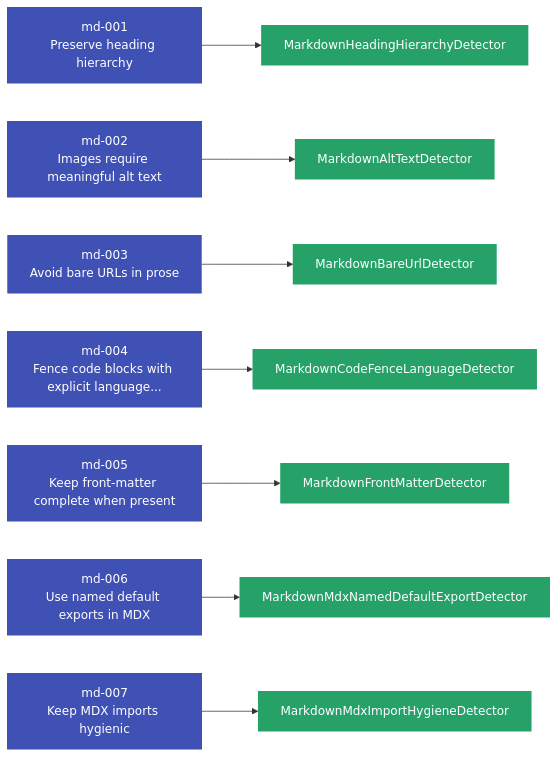
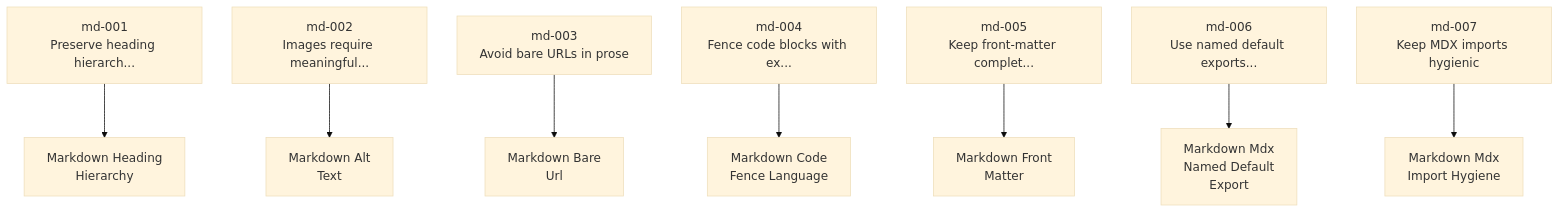
Before and after one commit to Anselmoo/mcp-zen-of-languages: the first of 4 diagrams in docs/user-guide/languages/markdown.md, drawn with Mermaid. The commit also changed other lines of this file and 23 other files, not shown here.

First line of the commit message:
fix(docs): repair Mermaid contrast, text overflow, and expand diagram coverage (#137)

````diff
--- a/docs/user-guide/languages/markdown.md
+++ b/docs/user-guide/languages/markdown.md
@@ -178,40 +178,25 @@
     ```mermaid
-    graph LR
-    md_001["md-001<br/>Preserve heading hierarchy"]
-    md_002["md-002<br/>Images require meaningful alt text"]
+    %%{init: {"theme": "base", "flowchart": {"useMaxWidth": false, "htmlLabels": true, "nodeSpacing": 40, "rankSpacing": 60}}}%%
+    graph TD
+    md_001["md-001<br/>Preserve heading hierarch..."]
+    md_002["md-002<br/>Images require meaningful..."]
     md_003["md-003<br/>Avoid bare URLs in prose"]
-    md_004["md-004<br/>Fence code blocks with explicit language..."]
-    md_005["md-005<br/>Keep front-matter complete when present"]
-    md_006["md-006<br/>Use named default exports in MDX"]
+    md_004["md-004<br/>Fence code blocks with ex..."]
+    md_005["md-005<br/>Keep front-matter complet..."]
+    md_006["md-006<br/>Use named default exports..."]
     md_007["md-007<br/>Keep MDX imports hygienic"]
-    det_MarkdownAltTextDetector["MarkdownAltTextDetector"]
+    det_MarkdownAltTextDetector["Markdown Alt<br/>Text"]
     md_002 --> det_MarkdownAltTextDetector
-    det_MarkdownBareUrlDetector["MarkdownBareUrlDetector"]
+    det_MarkdownBareUrlDetector["Markdown Bare<br/>Url"]
     md_003 --> det_MarkdownBareUrlDetector
-    det_MarkdownCodeFenceLanguageDetector["MarkdownCodeFenceLanguageDetector"]
+    det_MarkdownCodeFenceLanguageDetector["Markdown Code<br/>Fence Language"]
     md_004 --> det_MarkdownCodeFenceLanguageDetector
-    det_MarkdownFrontMatterDetector["MarkdownFrontMatterDetector"]
+    det_MarkdownFrontMatterDetector["Markdown Front<br/>Matter"]
     md_005 --> det_MarkdownFrontMatterDetector
-    det_MarkdownHeadingHierarchyDetector["MarkdownHeadingHierarchyDetector"]
+    det_MarkdownHeadingHierarchyDetector["Markdown Heading<br/>Hierarchy"]
     md_001 --> det_MarkdownHeadingHierarchyDetector
-    det_MarkdownMdxImportHygieneDetector["MarkdownMdxImportHygieneDetector"]
+    det_MarkdownMdxImportHygieneDetector["Markdown Mdx<br/>Import Hygiene"]
     md_007 --> det_MarkdownMdxImportHygieneDetector
-    det_MarkdownMdxNamedDefaultExportDetector["MarkdownMdxNamedDefaultExportDetector"]
+    det_MarkdownMdxNamedDefaultExportDetector["Markdown Mdx<br/>Named Default<br/>Export"]
     md_006 --> det_MarkdownMdxNamedDefaultExportDetector
-    classDef principle fill:#4051b5,color:#fff,stroke:none
-    classDef detector fill:#26a269,color:#fff,stroke:none
-    class md_001 principle
-    class md_002 principle
-    class md_003 principle
-    class md_004 principle
-    class md_005 principle
-    class md_006 principle
-    class md_007 principle
-    class det_MarkdownAltTextDetector detector
-    class det_MarkdownBareUrlDetector detector
-    class det_MarkdownCodeFenceLanguageDetector detector
-    class det_MarkdownFrontMatterDetector detector
-    class det_MarkdownHeadingHierarchyDetector detector
-    class det_MarkdownMdxImportHygieneDetector detector
-    class det_MarkdownMdxNamedDefaultExportDetector detector
     ```
````
